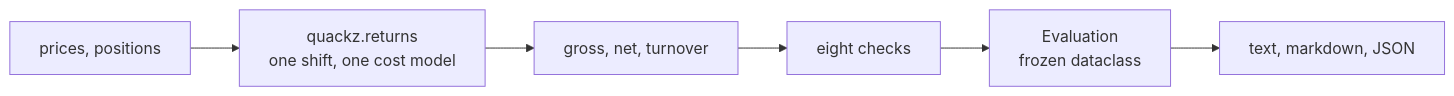
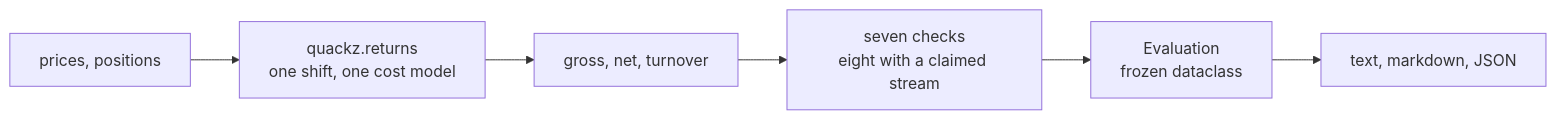
One commit to PNX89/QUACKZ changed the diagram in README.md. Above: the diagram before and after it, drawn with Mermaid. The commit also changed other lines of this file and 2 other files, not shown here.

````diff
--- a/README.md
+++ b/README.md
@@ -147,6 +154,6 @@
 ```mermaid
 flowchart LR
     A[prices, positions] --> B[quackz.returns<br/>one shift, one cost model]
-    B --> C[gross, net, turnover] --> D[eight checks]
+    B --> C[gross, net, turnover] --> D[seven checks<br/>eight with a claimed stream]
     D --> E[Evaluation<br/>frozen dataclass] --> F[text, markdown, JSON]
 ```
````
